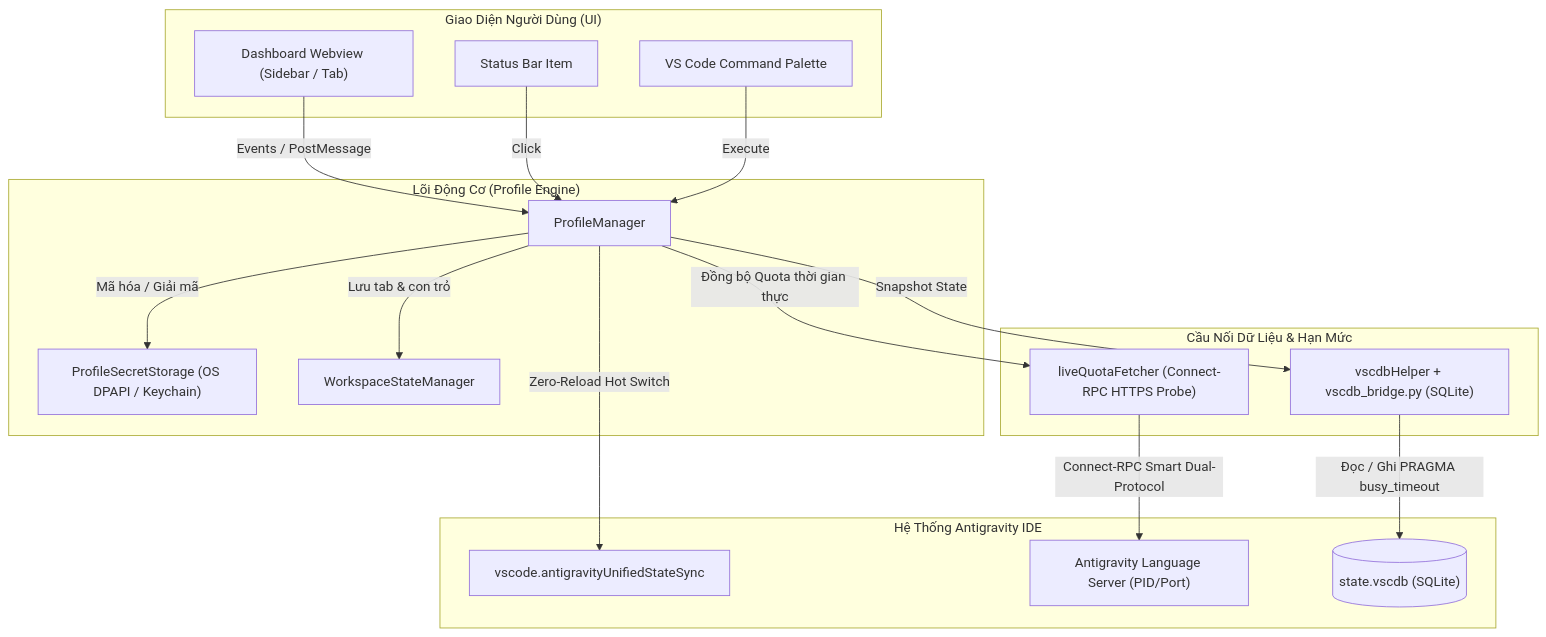
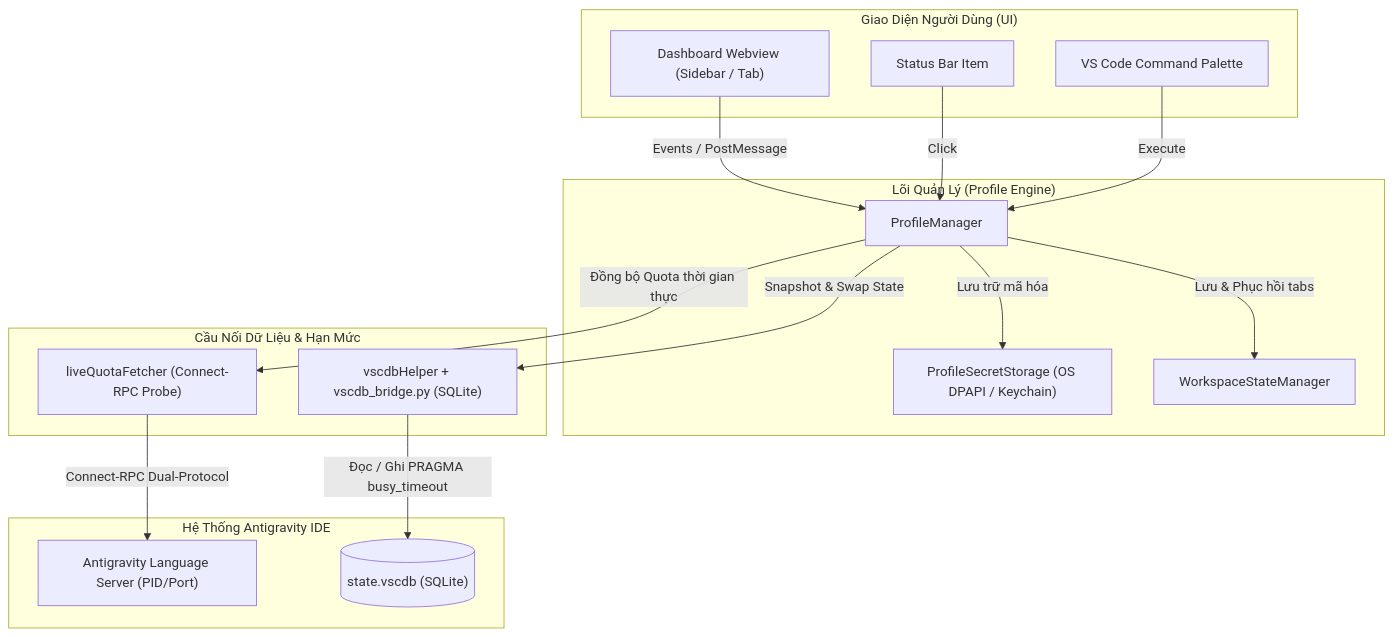
One commit to TanNguyen234/antigravity-swicher changed the diagram in README.md. Above: the diagram before and after it, drawn with Mermaid. The commit also changed other lines of this file and 1 other file, not shown here.

````diff
--- a/README.md
+++ b/README.md
@@ -59,38 +59,36 @@
 ```mermaid
 graph TD
     subgraph UI ["Giao Diện Người Dùng (UI)"]
         Webview["Dashboard Webview (Sidebar / Tab)"]
         StatusBar["Status Bar Item"]
         CmdPalette["VS Code Command Palette"]
     end
 
-    subgraph Core ["Lõi Động Cơ (Profile Engine)"]
+    subgraph Core ["Lõi Quản Lý (Profile Engine)"]
         PM["ProfileManager"]
         SS["ProfileSecretStorage (OS DPAPI / Keychain)"]
         WS["WorkspaceStateManager"]
     end
 
     subgraph Bridge ["Cầu Nối Dữ Liệu & Hạn Mức"]
         VSCDB["vscdbHelper + vscdb_bridge.py (SQLite)"]
-        LS["liveQuotaFetcher (Connect-RPC HTTPS Probe)"]
+        LS["liveQuotaFetcher (Connect-RPC Probe)"]
     end
 
     subgraph Antigravity ["Hệ Thống Antigravity IDE"]
-        API["vscode.antigravityUnifiedStateSync"]
         Server["Antigravity Language Server (PID/Port)"]
         DB[("state.vscdb (SQLite)")]
     end
 
     Webview -->|Events / PostMessage| PM
     StatusBar -->|Click| PM
     CmdPalette -->|Execute| PM
 
-    PM -->|Mã hóa / Giải mã| SS
-    PM -->|Lưu tab & con trỏ| WS
-    PM -->|Snapshot State| VSCDB
+    PM -->|Lưu trữ mã hóa| SS
+    PM -->|Lưu & Phục hồi tabs| WS
+    PM -->|Snapshot & Swap State| VSCDB
     PM -->|Đồng bộ Quota thời gian thực| LS
 
     VSCDB -->|Đọc / Ghi PRAGMA busy_timeout| DB
-    LS -->|Connect-RPC Smart Dual-Protocol| Server
-    PM -->|Zero-Reload Hot Switch| API
+    LS -->|Connect-RPC Dual-Protocol| Server
 ```
````
